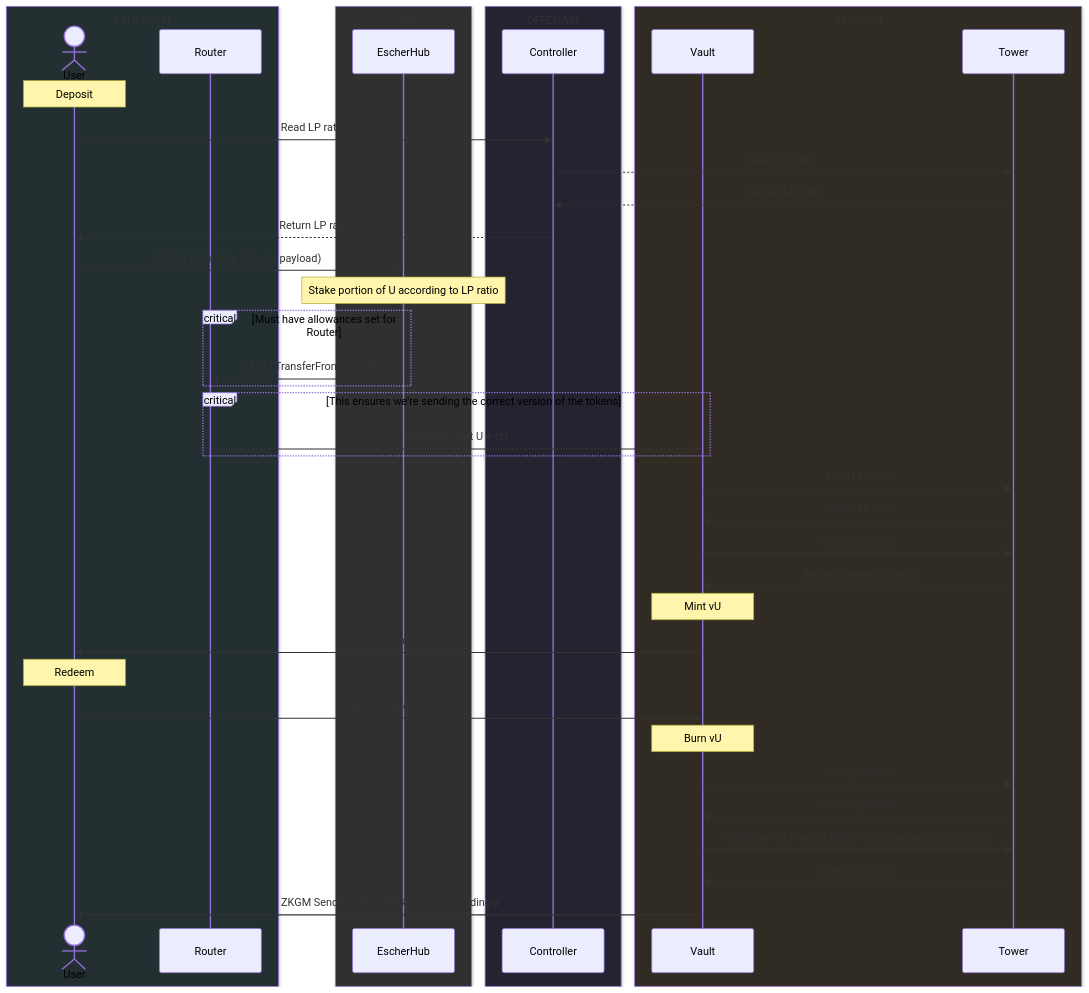
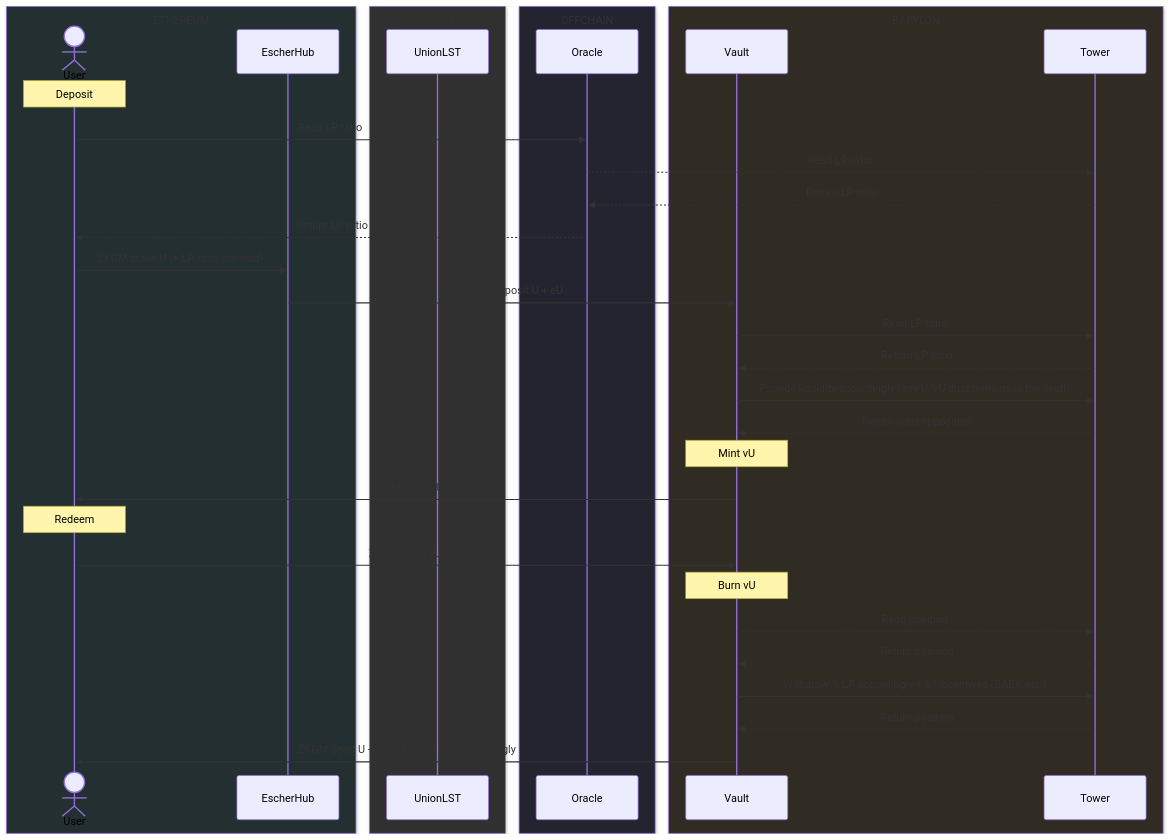
The diagram in contracts/cw4626-escher/README.md (Escher-finance/escher-vault), drawn with Mermaid before and after one commit. The commit also changed 1 other file, not shown here.

Commit message:
chore: adapt escher vault diagram to latest hub architecture

````diff
--- a/contracts/cw4626-escher/README.md
+++ b/contracts/cw4626-escher/README.md
@@ -3,46 +3,40 @@
 ```mermaid
 sequenceDiagram
     box rgb(35, 47, 48) ETHEREUM
     actor User
-    participant Router
+    participant EscherHub
     end
     box rgb(48, 48, 48) UNION
-    participant EscherHub
+    participant UnionLST
     end
     box rgb(35, 36, 48) OFFCHAIN
-    participant Controller
+    participant Oracle
     end
     box rgb(48, 43, 35) BABYLON
     participant Vault
     participant Tower
     end
 
     Note over User: Deposit
-    User->>Controller: Read LP ratio
-    Controller-->>Tower: Read LP ratio
-    Tower-->>Controller: Return LP ratio
-    Controller-->>User: Return LP ratio
+    User->>Oracle: Read LP ratio
+    Oracle-->>Tower: Read LP ratio
+    Tower-->>Oracle: Return LP ratio
+    Oracle-->>User: Return LP ratio
     User->>EscherHub: ZKGM stake U (+ LP ratio payload)
-    Note over EscherHub: Stake portion of U according to LP ratio
-    critical Must have allowances set for Router
-    EscherHub->>Router: ZKGM TransferFrom U + eU
-    end
-    critical This ensures we're sending the correct version of the tokens
-    Router->>Vault: ZKGM deposit U + eU
-    end
+    EscherHub->>Vault: ZKGM deposit U + eU
     Vault-->>Tower: Read LP ratio
     Tower-->>Vault: Return LP ratio
-    Vault->>Tower: Provide liquidity
+    Vault->>Tower: Provide liquidity accordingly (any U/eU dust remains in the vault)
     Tower-->>Vault: Return current position
     Note over Vault: Mint vU
     Vault->>User: ZKGM Send vU
 
     Note over User: Redeem
     User->>Vault: ZKGM Send vU
     Note over Vault: Burn vU
     Vault-->>Tower: Read position
     Tower-->>Vault: Return position
     Vault->>Tower: Withdraw % LP accordingly + all incentives (BABY, etc.)
     Tower-->>Vault: Return position
     Vault->>User: ZKGM Send U + eU + BABY + etc. accordingly
 ```
````
